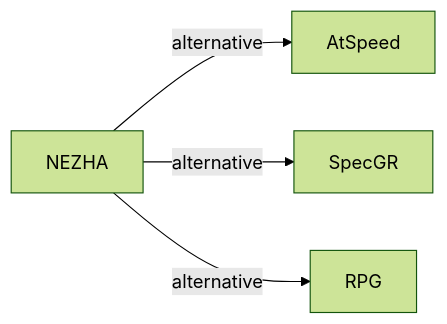
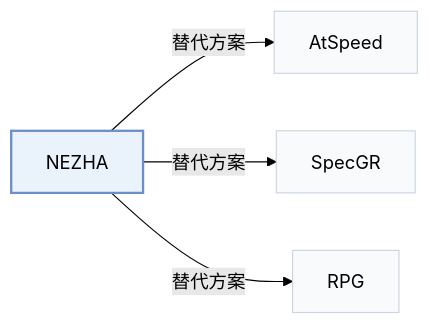
One commit to Galaxy-ghost/Awesome-SID-Generative-Rec changed the second of 2 diagrams in pages/zh/papers/nezha.md. Above: the diagram before and after it, drawn with Mermaid (forest theme). The commit also changed other lines of this file and 649 other files, not shown here.

Commit message:
writer-05: also tags and modality index (schema, check, build, visuals); summary field removed; calibration data for 12 papers

````diff
--- a/pages/zh/papers/nezha.md
+++ b/pages/zh/papers/nezha.md
@@ -68,7 +74,11 @@
 ```mermaid
 flowchart LR
     P["NEZHA"]
-    P -->|alternative| A["AtSpeed"]
-    P -->|alternative| B["SpecGR"]
-    P -->|alternative| C["RPG"]
+    P -->|"替代方案"| A["AtSpeed"]
+    P -->|"替代方案"| B["SpecGR"]
+    P -->|"替代方案"| C["RPG"]
+    classDef main fill:#eaf2fb,stroke:#6b8fc7,stroke-width:2px
+    classDef peer fill:#f8fafc,stroke:#cbd5e1
+    class P main
+    class A,B,C peer
 ```
````
